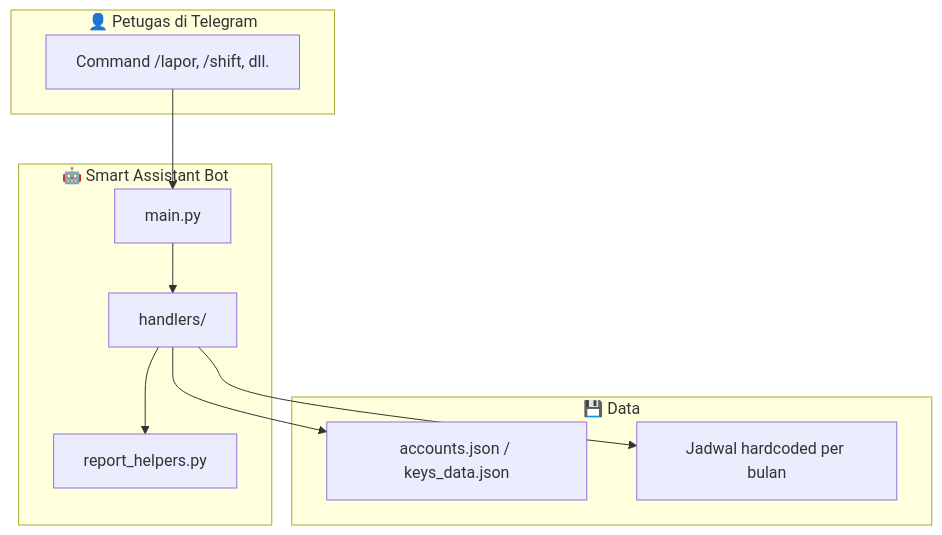
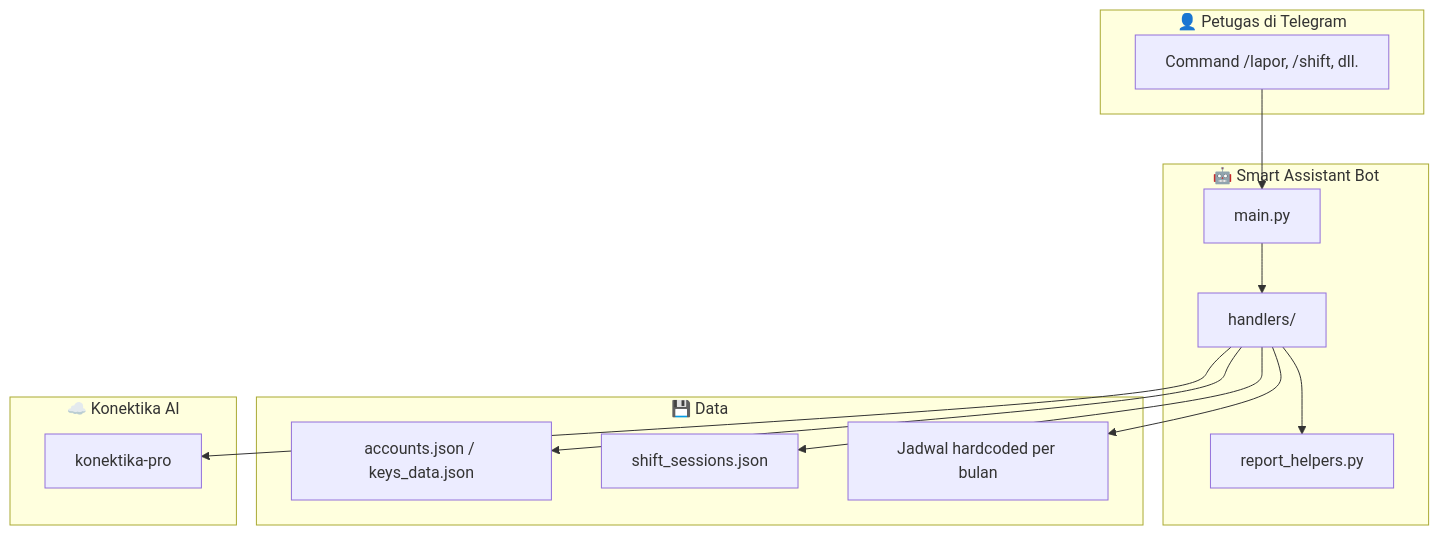
The third of 3 diagrams in README.md (premdwt/bot-JMTO-telegram), drawn with Mermaid before and after one commit. The commit also changed other lines of this file, not shown here.

````diff
--- a/README.md
+++ b/README.md
@@ -303,23 +371,30 @@
 ```mermaid
 flowchart TB
     subgraph User["👤 Petugas di Telegram"]
         CMD["Command /lapor, /shift, dll."]
     end
 
     subgraph Bot["🤖 Smart Assistant Bot"]
         MAIN["main.py"]
         HANDLERS["handlers/"]
         HELPERS["report_helpers.py"]
     end
 
     subgraph Data["💾 Data"]
         JSON["accounts.json / keys_data.json"]
+        SESI["shift_sessions.json"]
         JADWAL["Jadwal hardcoded per bulan"]
+    end
+
+    subgraph AI["☁️ Konektika AI"]
+        API["konektika-pro"]
     end
 
     CMD --> MAIN
     MAIN --> HANDLERS
     HANDLERS --> HELPERS
     HANDLERS --> JSON
+    HANDLERS --> SESI
     HANDLERS --> JADWAL
+    HANDLERS --> API
 ```
````
